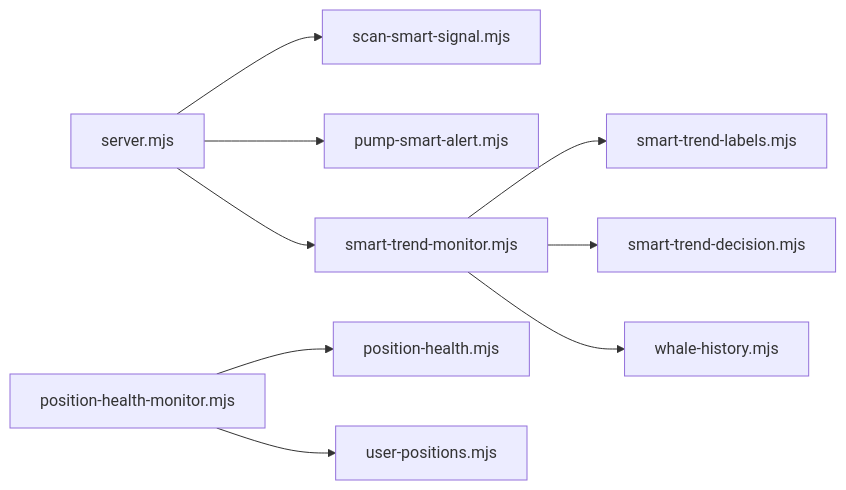
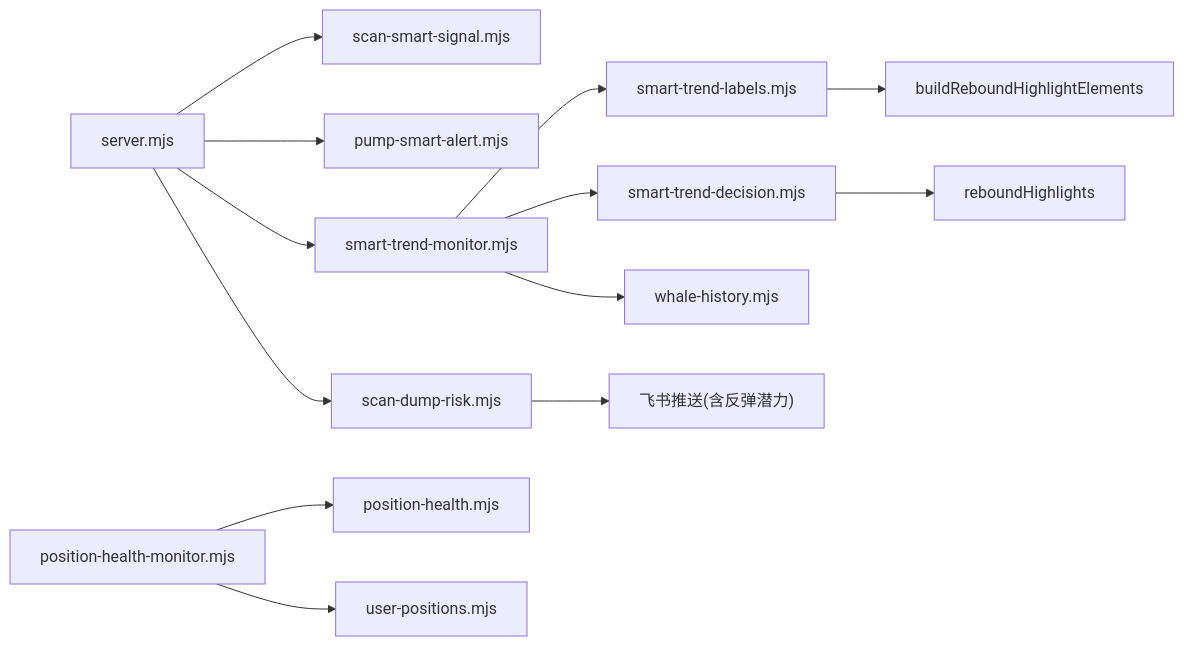
One commit to kekexilinan/BinaceSmart changed the tenth of 10 diagrams in .qoder/repowiki/zh/content/Web监控面板/报警通知系统.md. Above: the diagram before and after it, drawn with Mermaid. The commit also changed other lines of this file and 59 other files, not shown here.

````diff
--- a/.qoder/repowiki/zh/content/Web监控面板/报警通知系统.md
+++ b/.qoder/repowiki/zh/content/Web监控面板/报警通知系统.md
@@ -290,11 +398,15 @@
 ```mermaid
 graph LR
 S["server.mjs"] --> SS["scan-smart-signal.mjs"]
 S --> PSA["pump-smart-alert.mjs"]
 S --> STM["smart-trend-monitor.mjs"]
+S --> SDR["scan-dump-risk.mjs"]
 STM --> STL["smart-trend-labels.mjs"]
 STM --> STD["smart-trend-decision.mjs"]
 STM --> WH["whale-history.mjs"]
 PHM["position-health-monitor.mjs"] --> PH["position-health.mjs"]
 PHM --> UP["user-positions.mjs"]
+SDR --> FEISHU["飞书推送(含反弹潜力)"]
+STD --> RH["reboundHighlights"]
+STL --> BRHE["buildReboundHighlightElements"]
 ```
````
